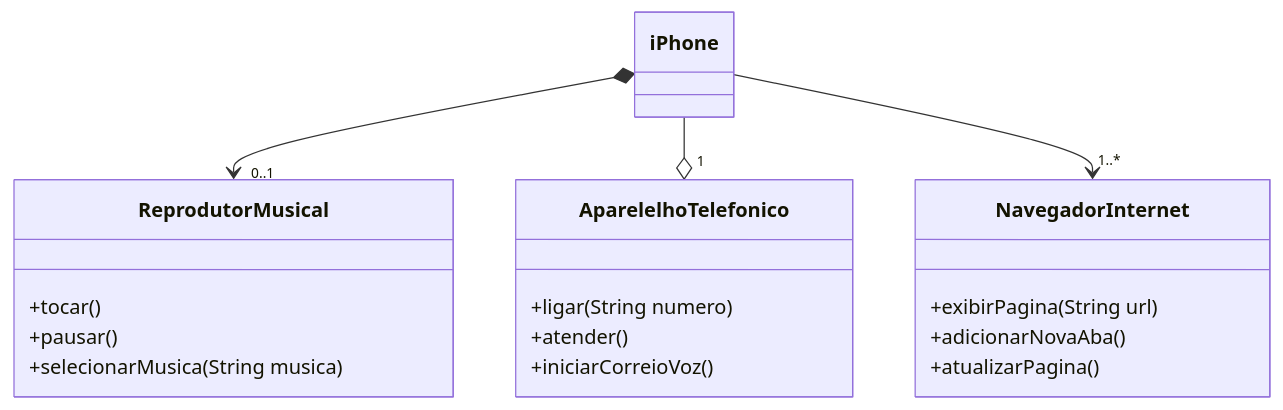
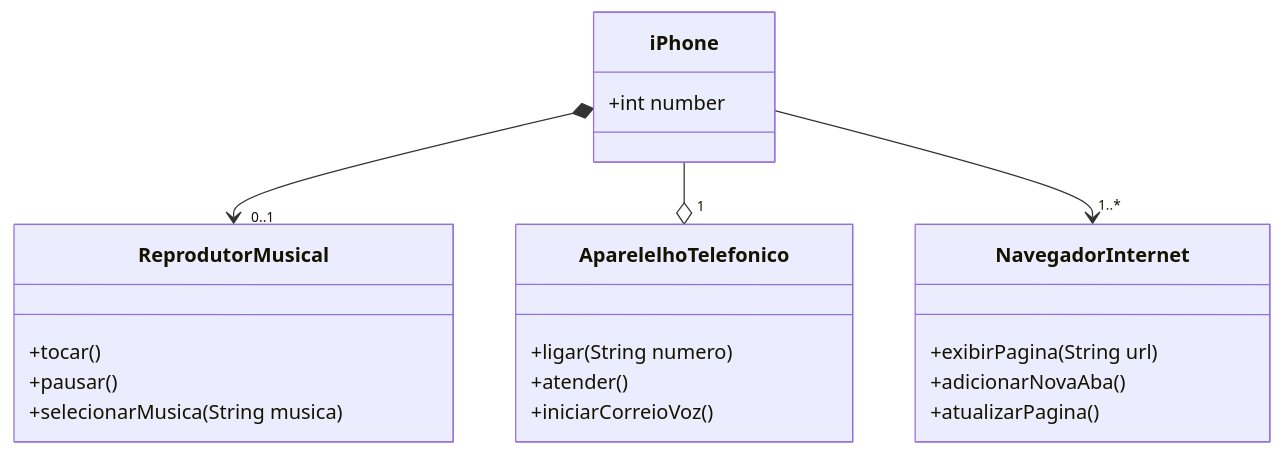
The diagram in README.md (FabioBJr/UML), drawn with Mermaid before and after one commit.

````diff
--- a/README.md
+++ b/README.md
@@ -1,27 +1,28 @@
 ```mermaid
 classDiagram
-    class iPhone{ 
+    class iPhone{
+    +int number
     }
     
     iPhone *--> "0..1" ReprodutorMusical 
     iPhone --o "1" AparelelhoTelefonico
     iPhone --> "1..*" NavegadorInternet
 
     class ReprodutorMusical {
     +tocar()
     +pausar()
     +selecionarMusica(String musica)
     }
 
     class AparelelhoTelefonico { 
     +ligar(String numero)
     +atender()
     +iniciarCorreioVoz()
     }
 
     class NavegadorInternet {
     +exibirPagina(String url)
     +adicionarNovaAba()
     +atualizarPagina()
     }
 ```
````
